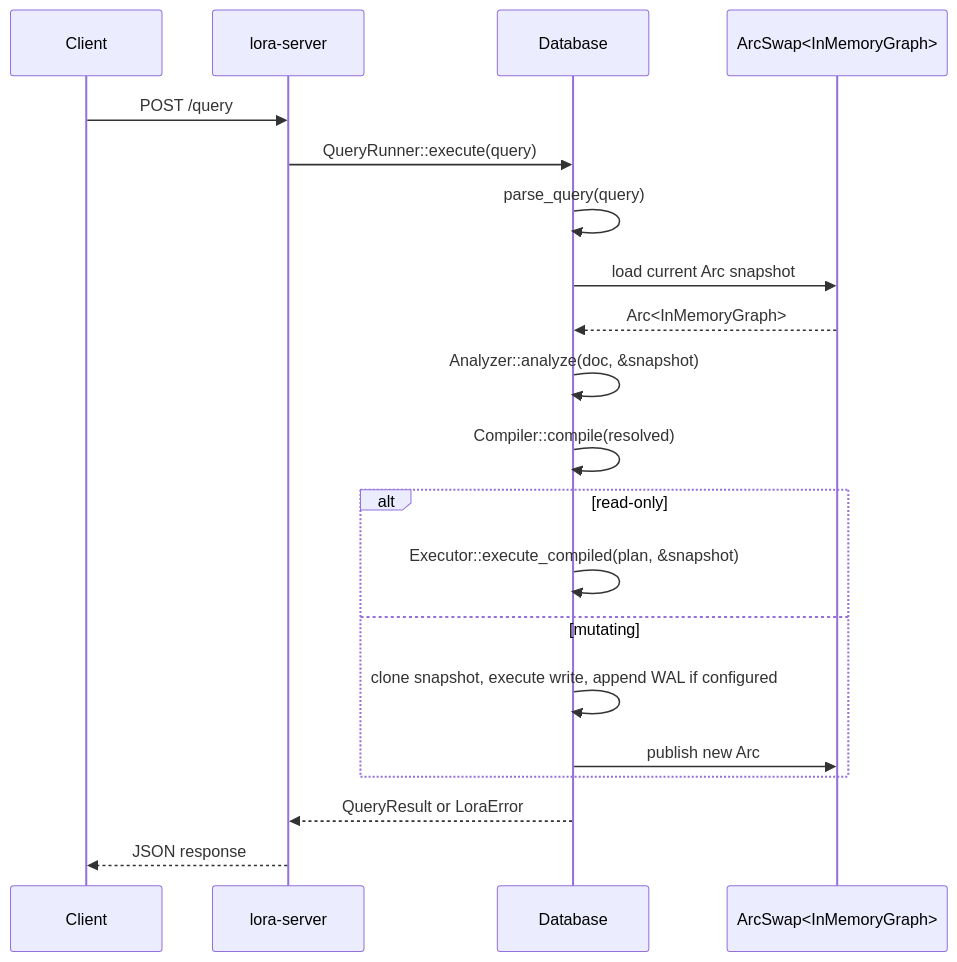
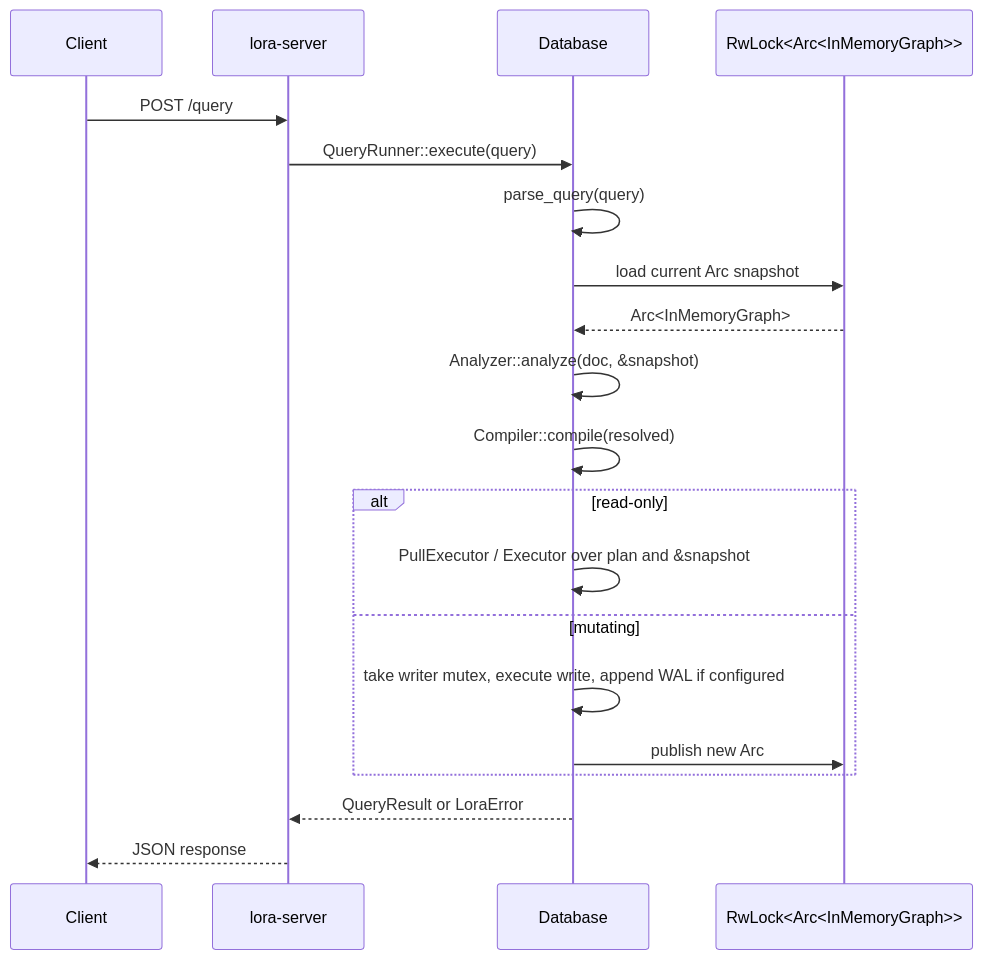
The diagram in docs/architecture/data-flow.md (lora-db/lora), drawn with Mermaid before and after one commit. The commit also changed other lines of this file and 29 other files, not shown here.

````diff
--- a/docs/architecture/data-flow.md
+++ b/docs/architecture/data-flow.md
@@ -191,23 +226,23 @@
 ```mermaid
 sequenceDiagram
     participant C as Client
     participant S as lora-server
     participant D as Database
-    participant M as ArcSwap<InMemoryGraph>
+    participant M as RwLock<Arc<InMemoryGraph>>
 
     C->>S: POST /query
     S->>D: QueryRunner::execute(query)
     D->>D: parse_query(query)
     D->>M: load current Arc snapshot
     M-->>D: Arc<InMemoryGraph>
     D->>D: Analyzer::analyze(doc, &snapshot)
     D->>D: Compiler::compile(resolved)
     alt read-only
-        D->>D: Executor::execute_compiled(plan, &snapshot)
+        D->>D: PullExecutor / Executor over plan and &snapshot
     else mutating
-        D->>D: clone snapshot, execute write, append WAL if configured
+        D->>D: take writer mutex, execute write, append WAL if configured
         D->>M: publish new Arc
     end
     D-->>S: QueryResult or LoraError
     S-->>C: JSON response
 ```
````
